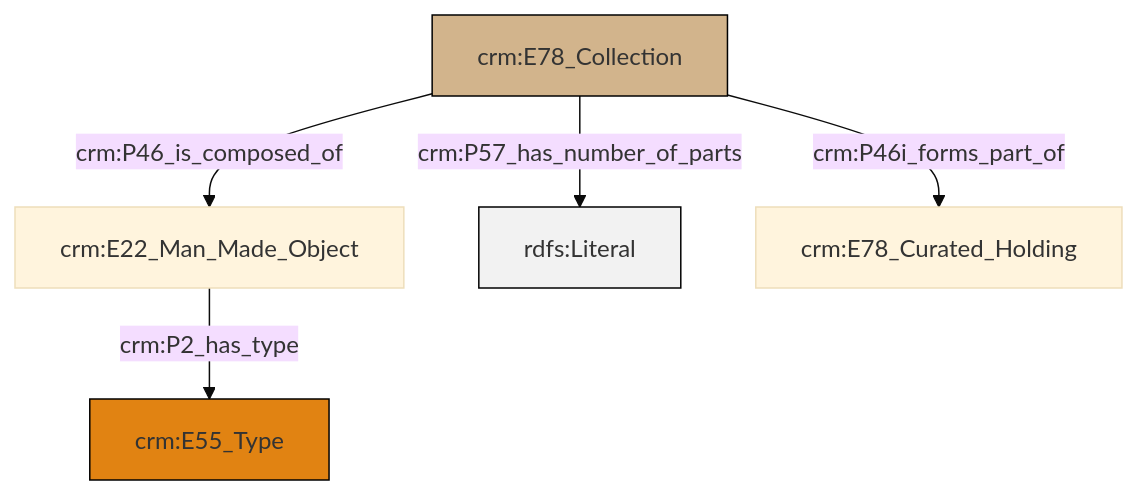
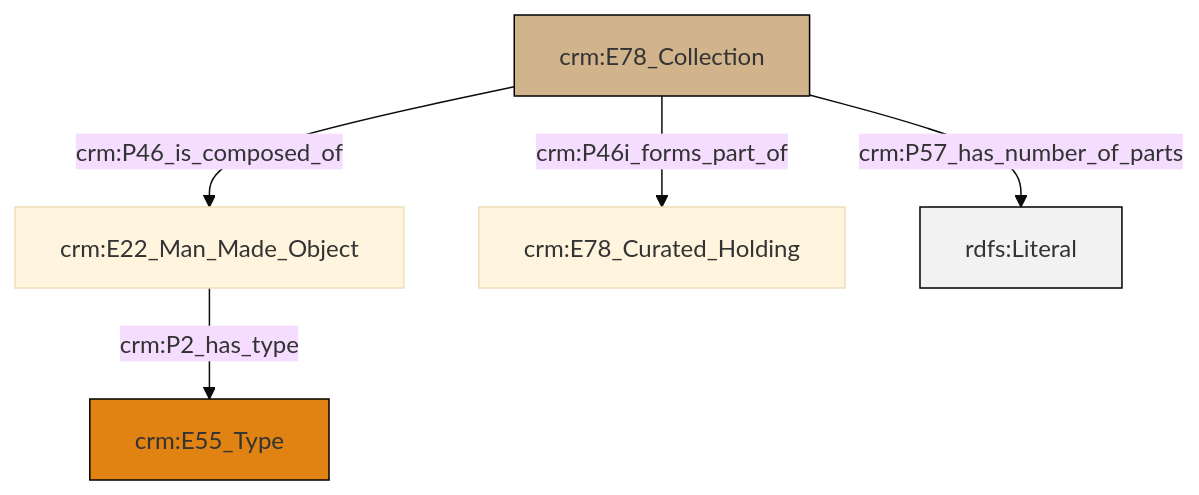
The diagram in et/archivalCSV/ttl/mmd/archival_parthood.ttl.mmd (swiss-art-research-net/docs.swissartresearch), drawn with Mermaid (base theme) before and after one commit. The commit also changed 174 other files, not shown here.

```diff
--- a/et/archivalCSV/ttl/mmd/archival_parthood.ttl.mmd
+++ b/et/archivalCSV/ttl/mmd/archival_parthood.ttl.mmd
@@ -1,19 +1,19 @@
 graph TD
 classDef Literal fill:#f2f2f2,stroke:#000000;
 classDef CRM_Entity fill:#FFFFFF,stroke:#000000;
 classDef Temporal_Entity fill:#00C9E6, stroke:#000000;
 classDef Type fill:#E18312, stroke:#000000;
 classDef Time-Span fill:#2C9C91, stroke:#000000;
 classDef Appellation fill:#FFEB7F, stroke:#000000;
 classDef Place fill:#008836, stroke:#000000;
 classDef Persistent_Item fill:#B266B2, stroke:#000000;
 classDef Conceptual_Object fill:#FFD700, stroke:#000000;
 classDef Physical_Thing fill:#D2B48C, stroke:#000000;
 classDef Actor fill:#f58aad, stroke:#000000;
 classDef PC_Classes fill:#4ce600, stroke:#000000;
 classDef Multi fill:#cccccc,stroke:#000000;
 
-2["crm:E22_Man_Made_Object"]:::Default -->|crm:P2_has_type| 0["crm:E55_Type"]:::Type
-4["crm:E78_Collection"]:::Physical_Thing -->|crm:P46_is_composed_of| 2["crm:E22_Man_Made_Object"]:::Default
-4["crm:E78_Collection"]:::Physical_Thing -->|crm:P57_has_number_of_parts| 6[rdfs:Literal]:::Literal
-4["crm:E78_Collection"]:::Physical_Thing -->|crm:P46i_forms_part_of| 7["crm:E78_Curated_Holding"]:::Default
+0["crm:E22_Man_Made_Object"]:::Default -->|crm:P2_has_type| 1["crm:E55_Type"]:::Type
+2["crm:E78_Collection"]:::Physical_Thing -->|crm:P46i_forms_part_of| 3["crm:E78_Curated_Holding"]:::Default
+2["crm:E78_Collection"]:::Physical_Thing -->|crm:P57_has_number_of_parts| 5[rdfs:Literal]:::Literal
+2["crm:E78_Collection"]:::Physical_Thing -->|crm:P46_is_composed_of| 0["crm:E22_Man_Made_Object"]:::Default
```
